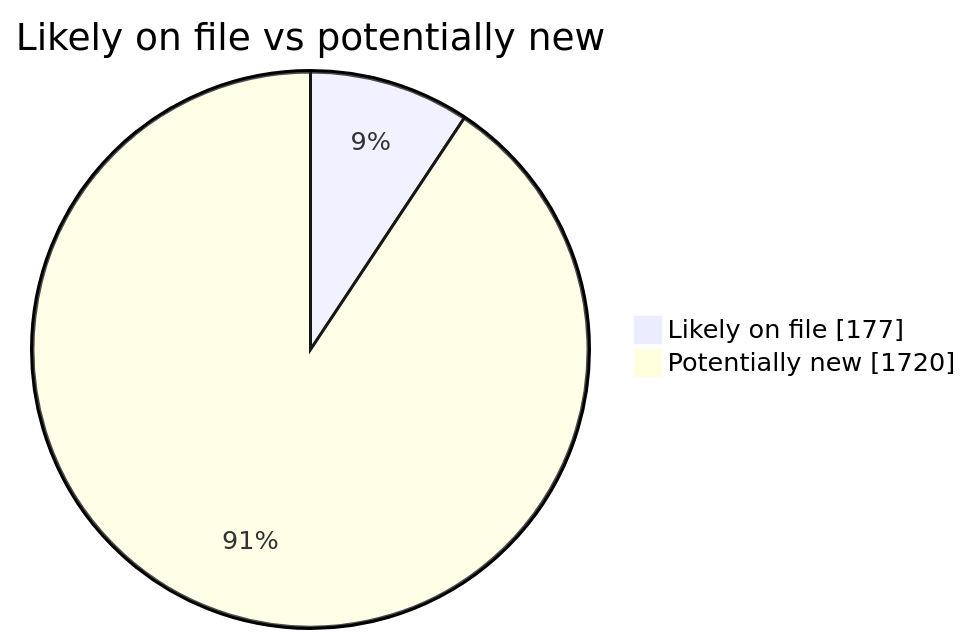
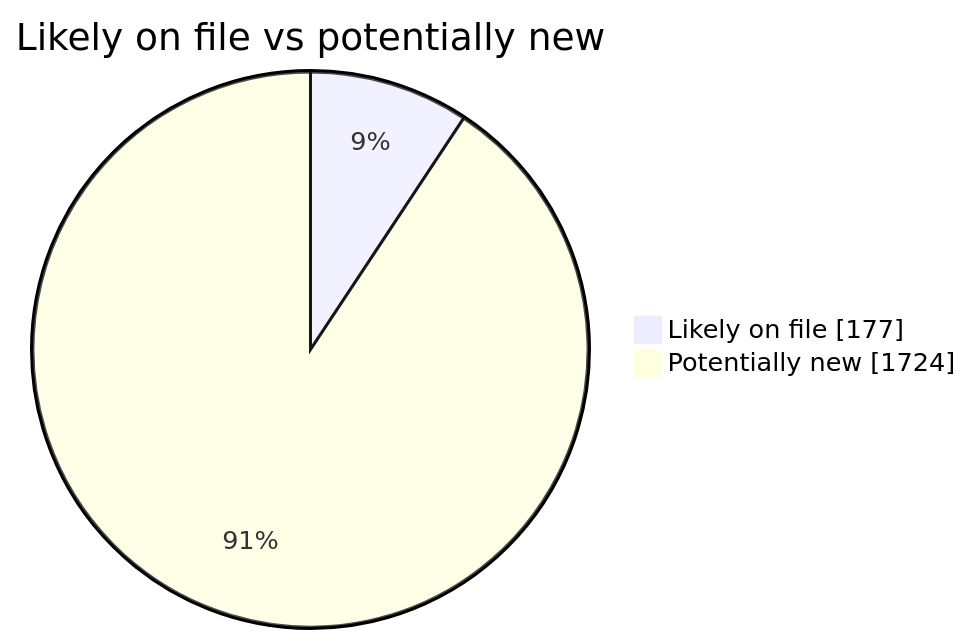
The second of 4 diagrams in README.md (martinbalfanz/social-scanner-reports), drawn with Mermaid before and after one commit. The commit also changed other lines of this file and 4 other files, not shown here.

````diff
--- a/README.md
+++ b/README.md
@@ -40,5 +40,5 @@
 ```mermaid
 pie showData title Likely on file vs potentially new
     "Likely on file" : 177
-    "Potentially new" : 1720
+    "Potentially new" : 1724
 ```
````
